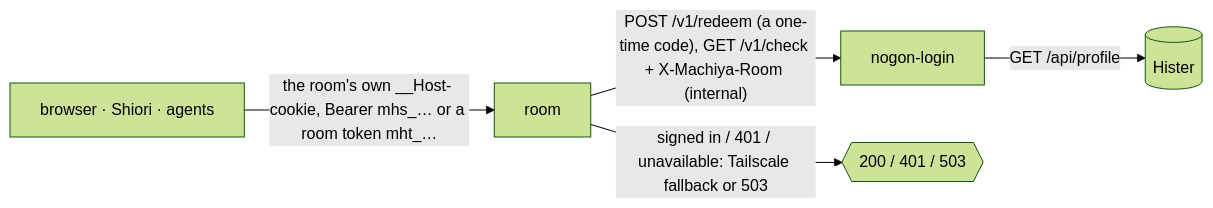
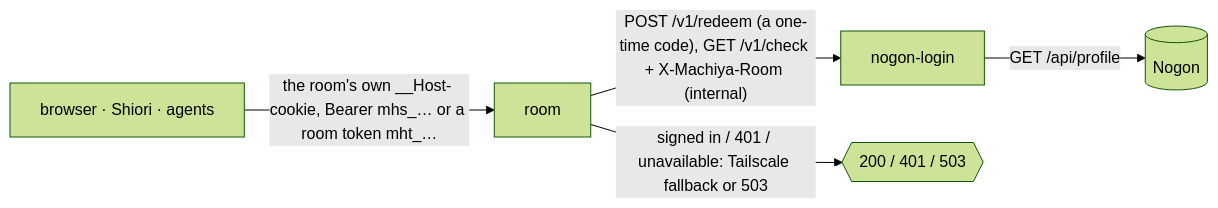
The fifth of 6 diagrams in docs/architecture.md (machiya-kobo/machiya), drawn with Mermaid (forest theme) before and after one commit. The commit also changed other lines of this file and 30 other files, not shown here.

First line of the commit message:
machiya: docs: Hister is now Nogon, stage 3b (contract and service doc renamed)

````diff
--- a/docs/architecture.md
+++ b/docs/architecture.md
@@ -107,7 +107,7 @@
 ```mermaid
 flowchart LR
     who["browser · Shiori · agents"] -->|"the room's own __Host- cookie, Bearer mhs_… or a room token mht_…"| room["room"]
     room -->|"POST /v1/redeem (a one-time code), GET /v1/check + X-Machiya-Room (internal)"| hl["nogon-login"]
-    hl -->|"GET /api/profile"| h[("Hister")]
+    hl -->|"GET /api/profile"| h[("Nogon")]
     room -->|"signed in / 401 / unavailable: Tailscale fallback or 503"| ok{{"200 / 401 / 503"}}
 ```
````
